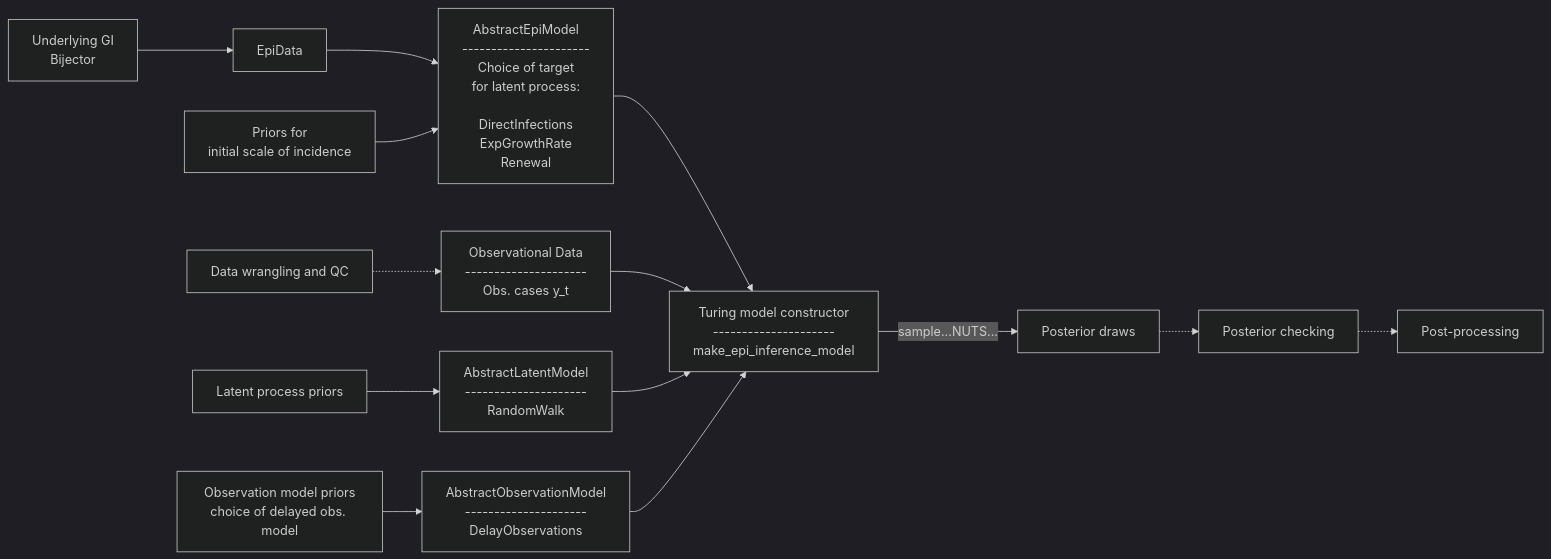
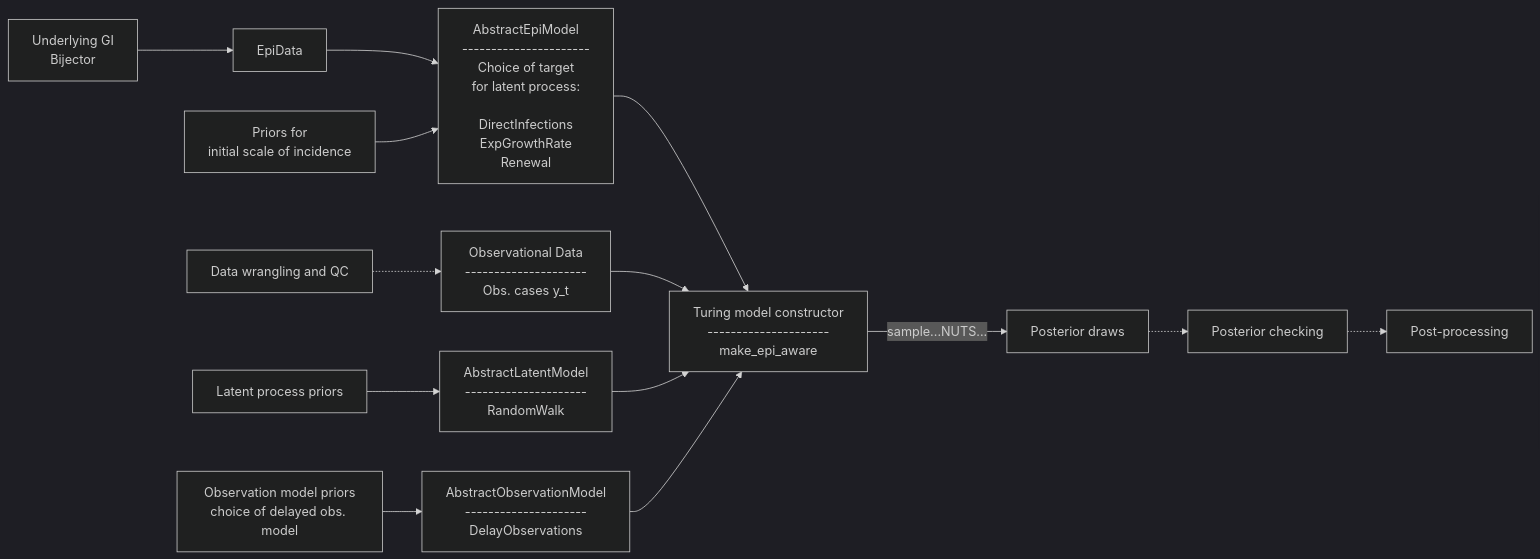
One commit to CDCgov/Rt-without-renewal changed the diagram in EpiAware/README.md. Above: the diagram before and after it, drawn with Mermaid (dark theme). The commit also changed 4 other files, not shown here.

Commit message:
rename make_epi_inference_model -> make_epi_aware

````diff
--- a/EpiAware/README.md
+++ b/EpiAware/README.md
@@ -13,64 +13,64 @@
 ```mermaid
 flowchart LR
 
 A["Underlying GI
 Bijector"]
 
 EpiModel["AbstractEpiModel
 ----------------------
 Choice of target
 for latent process:
 
 DirectInfections
     ExpGrowthRate
     Renewal"]
 
 InitModel["Priors for
 initial scale of incidence"]
 
 DataW[Data wrangling and QC]
 
 
 ObsData["Observational Data
 ---------------------
 Obs. cases y_t"]
 
 LatentProcPriors["Latent process priors"]
 
 LatentProc["AbstractLatentModel
 ---------------------
 RandomWalk"]
 
 ObsModelPriors["Observation model priors
 choice of delayed obs. model"]
 
 ObsModel["AbstractObservationModel
 ---------------------
 DelayObservations"]
 
 E["Turing model constructor
 ---------------------
-make_epi_inference_model"]
+make_epi_aware"]
 
 G[Posterior draws]
 H[Posterior checking]
 I[Post-processing]
 
 
 
 A --> EpiData
 EpiData --> EpiModel
 InitModel --> EpiModel
 EpiModel -->E
 ObsData-->E
 DataW-.->ObsData
 LatentProcPriors-->LatentProc
 LatentProc-->E
 ObsModelPriors-->ObsModel
 ObsModel-->E
 
 
 E-->|sample...NUTS...| G
 G-.->H
 H-.->I
 ```
````
